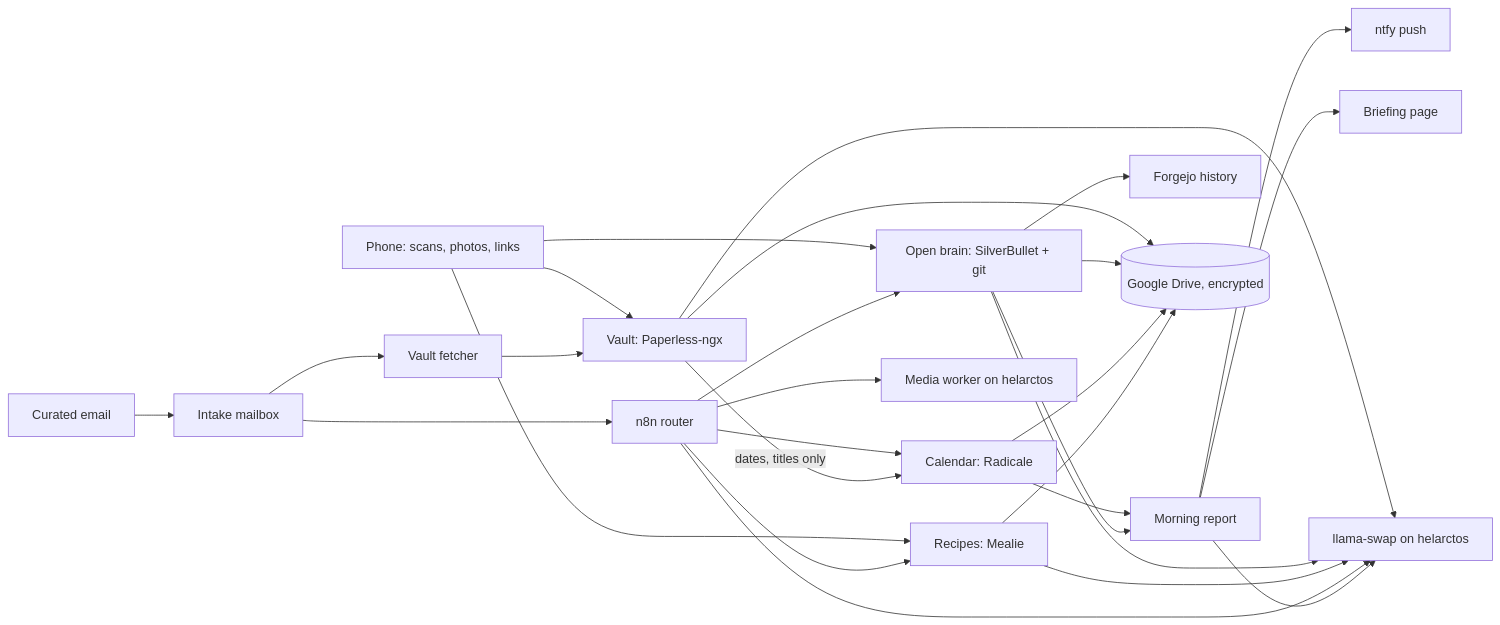
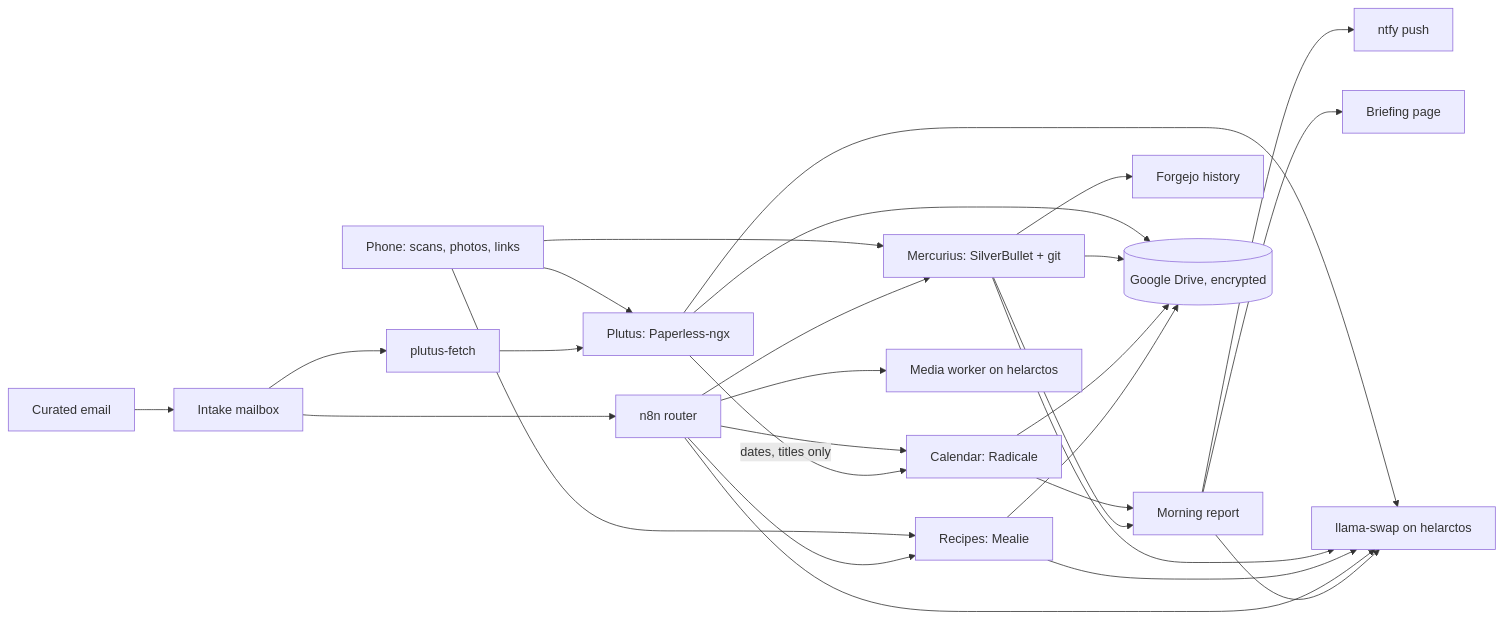
One commit to hsimah/the-loft changed the diagram in automation/plans/README.md. Above: the diagram before and after it, drawn with Mermaid. The commit also changed other lines of this file and 10 other files, not shown here.

First line of the commit message:
automation: name the wiki Mercurius and the vault Plutus

````diff
--- a/automation/plans/README.md
+++ b/automation/plans/README.md
@@ -25,18 +25,18 @@
 ```mermaid
 flowchart LR
   mail[Curated email] --> intake[Intake mailbox]
   phone[Phone: scans, photos, links] --> vault & recipes & wiki
   intake --> n8n[n8n router]
-  intake --> fetch[Vault fetcher]
-  fetch --> vault[Vault: Paperless-ngx]
-  n8n --> wiki[Open brain: SilverBullet + git]
+  intake --> fetch[plutus-fetch]
+  fetch --> vault[Plutus: Paperless-ngx]
+  n8n --> wiki[Mercurius: SilverBullet + git]
   n8n --> cal[Calendar: Radicale]
   n8n --> recipes[Recipes: Mealie]
   vault -- dates, titles only --> cal
   cal & wiki --> report[Morning report]
   report --> ntfy[ntfy push] & page[Briefing page]
   vault & wiki & recipes & n8n & report --> llm[llama-swap on helarctos]
   n8n --> worker[Media worker on helarctos]
   wiki --> forgejo[Forgejo history]
   vault & wiki & cal & recipes --> backup[(Google Drive, encrypted)]
 ```
````
